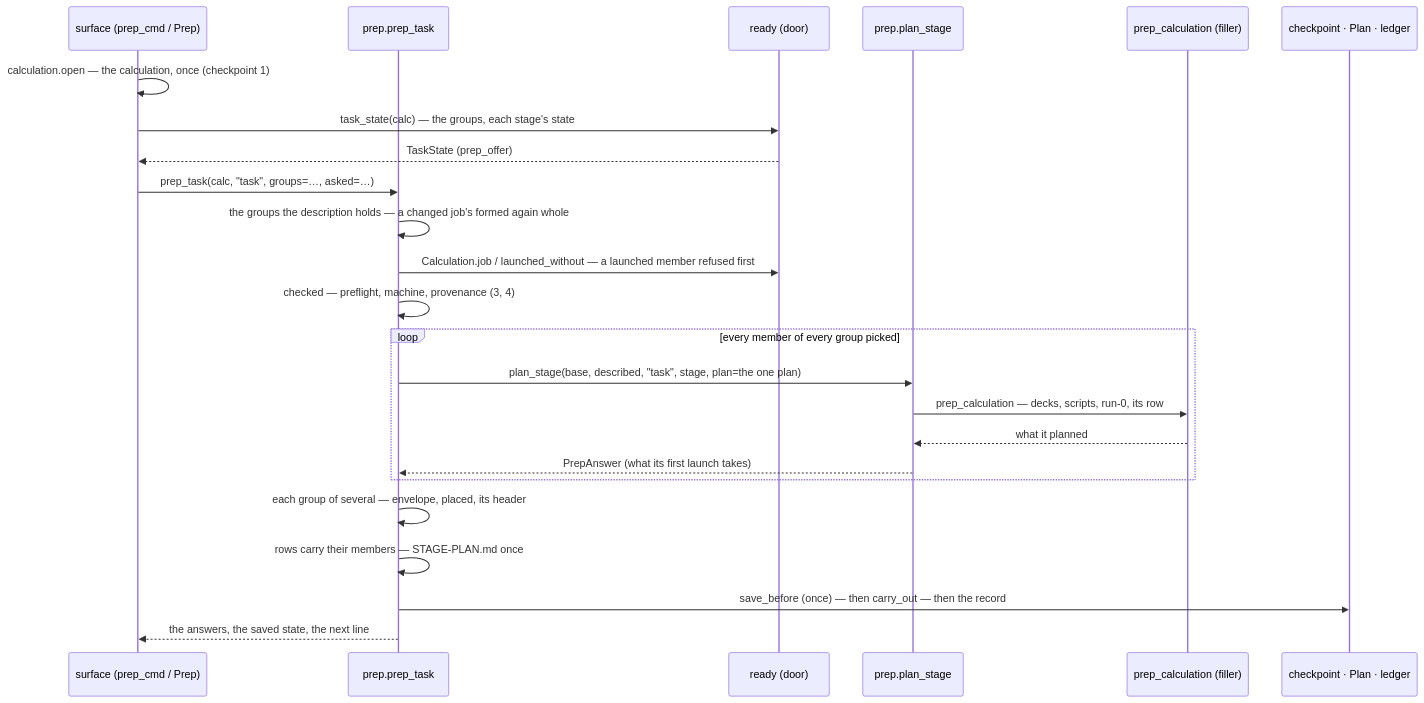
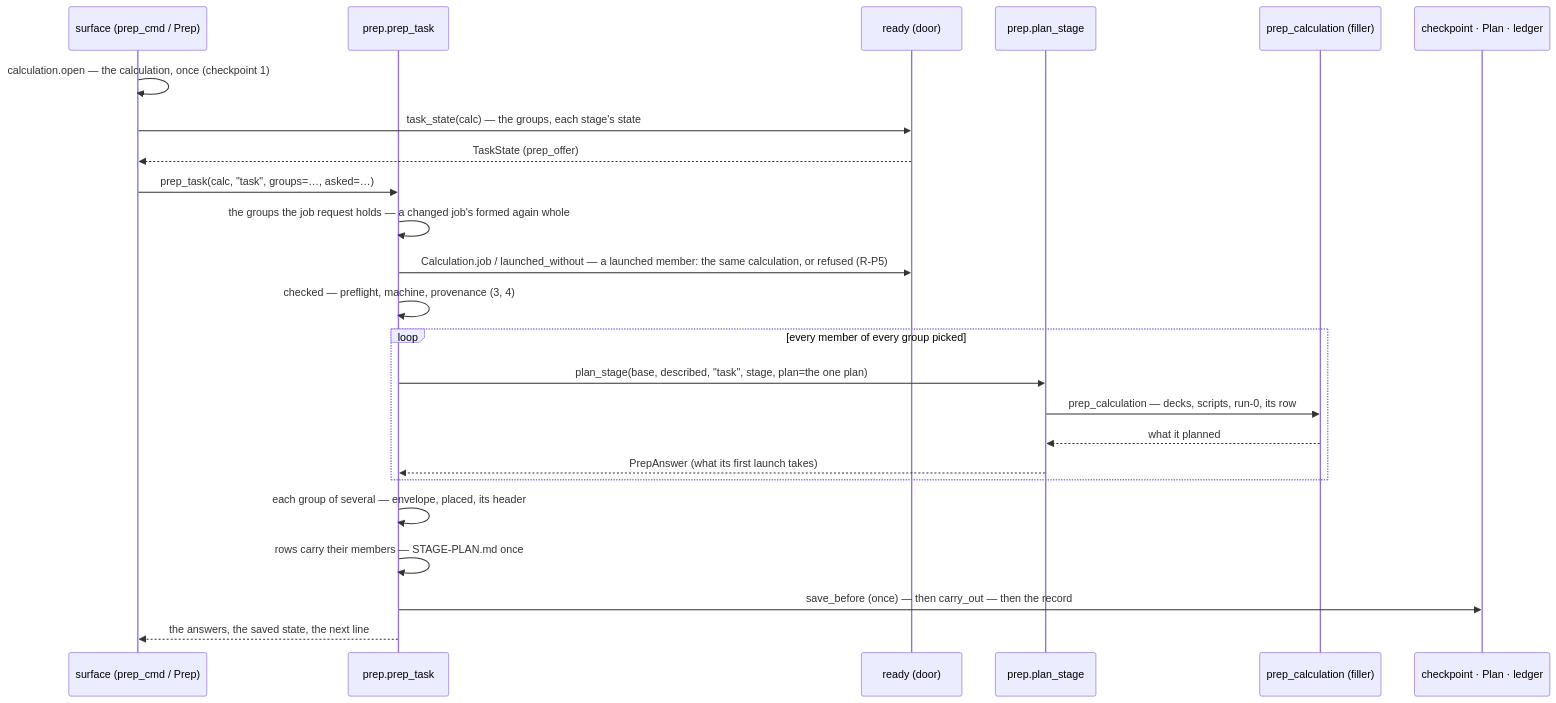
Diagram 18 of 19 in docs/execution/job-system.md (Qing-LAB/molbuilder), drawn with Mermaid before and after one commit. The commit also changed other lines of this file and 196 other files, not shown here.

````diff
--- a/docs/execution/job-system.md
+++ b/docs/execution/job-system.md
@@ -3254,26 +3282,26 @@
 ```mermaid
 sequenceDiagram
     participant S as surface (prep_cmd / Prep)
     participant E as prep.prep_task
     participant R as ready (door)
     participant P as prep.plan_stage
     participant F as prep_calculation (filler)
     participant X as checkpoint · Plan · ledger
     S->>S: calculation.open — the calculation, once (checkpoint 1)
     S->>R: task_state(calc) — the groups, each stage's state
     R-->>S: TaskState (prep_offer)
     S->>E: prep_task(calc, "task", groups=…, asked=…)
-    E->>E: the groups the description holds — a changed job's formed again whole
-    E->>R: Calculation.job / launched_without — a launched member refused first
+    E->>E: the groups the job request holds — a changed job's formed again whole
+    E->>R: Calculation.job / launched_without — a launched member: the same calculation, or refused (R-P5)
     E->>E: checked — preflight, machine, provenance (3, 4)
     loop every member of every group picked
         E->>P: plan_stage(base, described, "task", stage, plan=the one plan)
         P->>F: prep_calculation — decks, scripts, run-0, its row
         F-->>P: what it planned
         P-->>E: PrepAnswer (what its first launch takes)
     end
     E->>E: each group of several — envelope, placed, its header
     E->>E: rows carry their members — STAGE-PLAN.md once
     E->>X: save_before (once) — then carry_out — then the record
     E-->>S: the answers, the saved state, the next line
 ```
````
